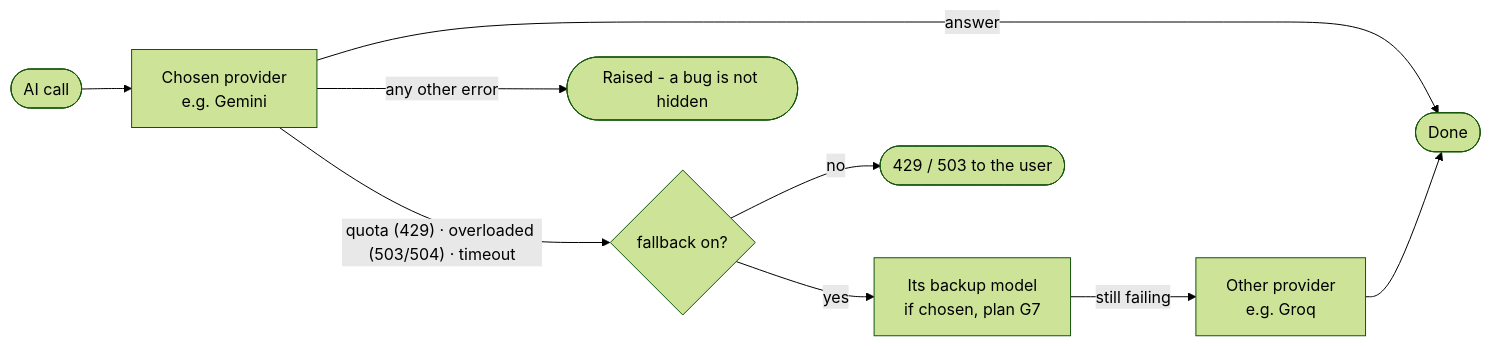
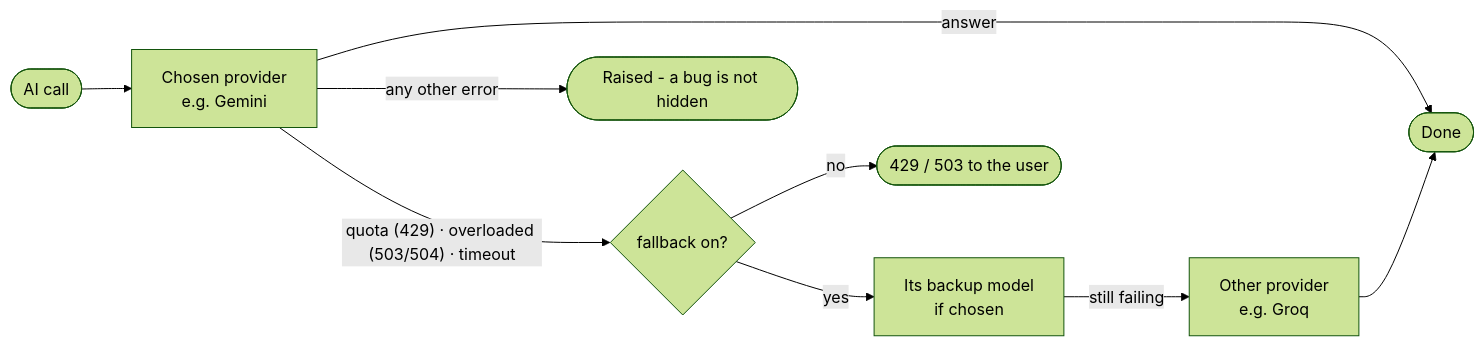
The eighth of 18 diagrams in docs/design.md (ratheesh-5/agentic-rag-platform), drawn with Mermaid (forest theme) before and after one commit. The commit also changed other lines of this file and 53 other files, not shown here.

````diff
--- a/docs/design.md
+++ b/docs/design.md
@@ -278,9 +278,9 @@
 ```mermaid
 flowchart LR
     Q([AI call]) --> P[Chosen provider<br/>e.g. Gemini]
     P -->|answer| OK([Done])
     P -->|"quota (429) · overloaded (503/504) · timeout"| F{fallback on?}
-    F -->|yes| B[Its backup model<br/>if chosen, plan G7] -->|still failing| G[Other provider<br/>e.g. Groq] --> OK
+    F -->|yes| B[Its backup model<br/>if chosen] -->|still failing| G[Other provider<br/>e.g. Groq] --> OK
     F -->|no| E([429 / 503 to the user])
     P -->|any other error| X([Raised - a bug is not hidden])
 ```
````
